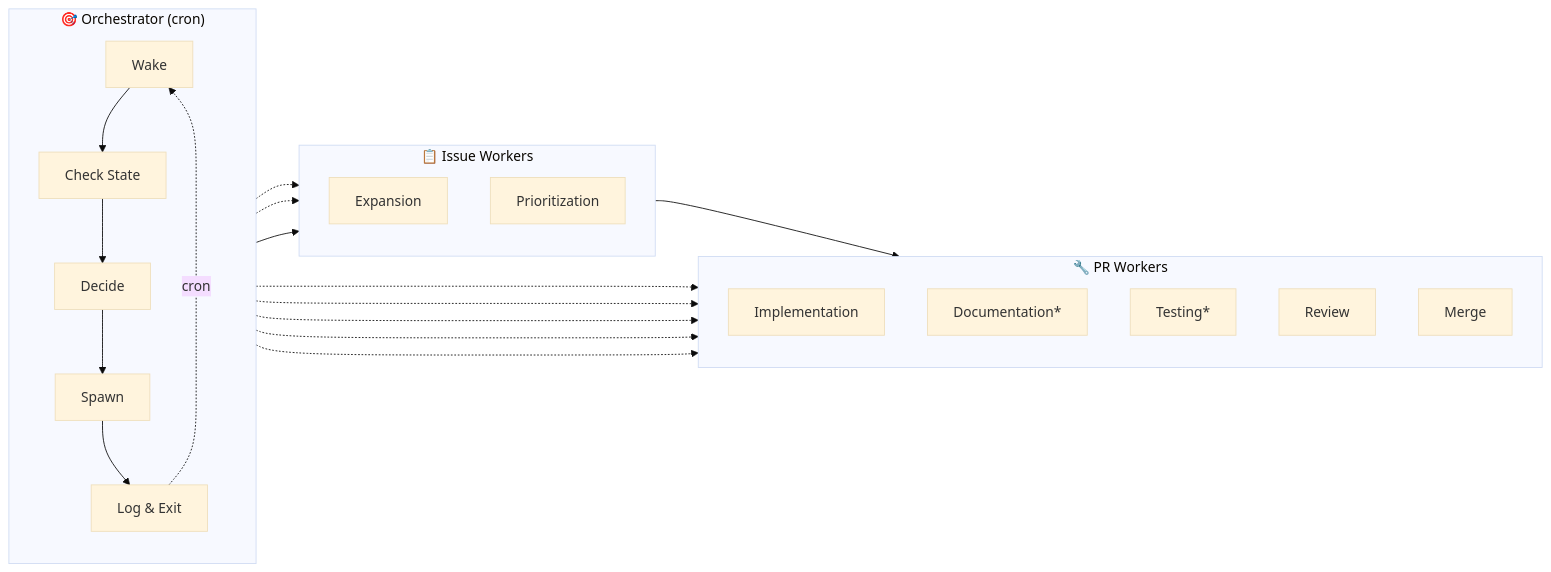
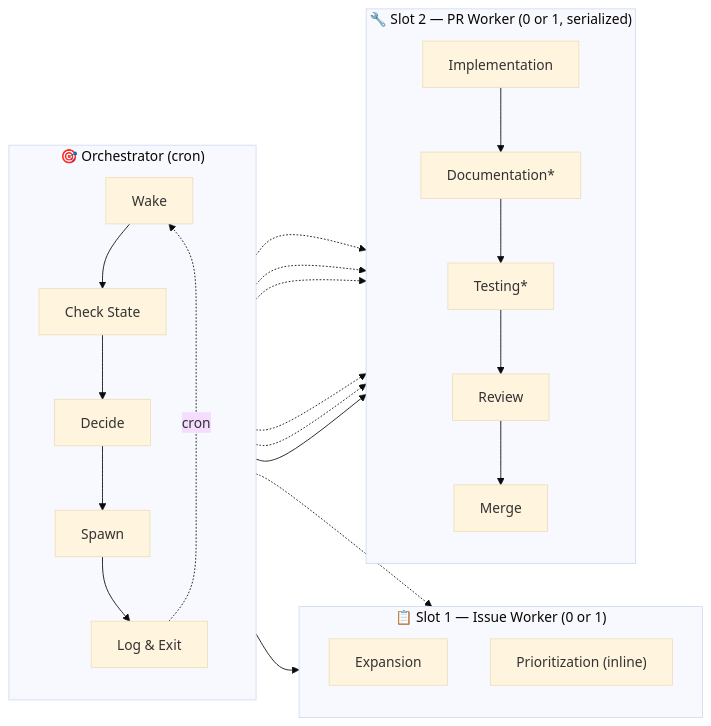
The diagram in plugins/pr-workflow/README.md (jpshackelford/.openhands), drawn with Mermaid (base theme) before and after one commit. The commit also changed other lines of this file, not shown here.

Commit message:
docs(pr-workflow): correct Circle of Work to fixed two-slot model
The pr-workflow orchestrate.md skill hardcodes a two-slot model (one
Expansion slot + one serialized PR slot), and prioritization runs inline
via /assess-priority rather than as a spawned worker. Update the diagram
and prose to match, instead of implying parallelism is project-configurable.

````diff
--- a/plugins/pr-workflow/README.md
+++ b/plugins/pr-workflow/README.md
@@ -338,38 +338,39 @@
 ```mermaid
 flowchart LR
     subgraph Orch["🎯 Orchestrator (cron)"]
         direction TB
         wake["Wake"]
         check["Check State"]
         decide["Decide"]
         spawn["Spawn"]
         log["Log & Exit"]
         wake --> check --> decide --> spawn --> log
         log -.->|"cron"| wake
     end
 
-    subgraph IssueWorkers["📋 Issue Workers"]
+    subgraph Slot1["📋 Slot 1 — Issue Worker (0 or 1)"]
         direction TB
         exp["Expansion"]
-        pri["Prioritization"]
+        pri["Prioritization (inline)"]
     end
 
-    subgraph PRWorkers["🔧 PR Workers"]
+    subgraph Slot2["🔧 Slot 2 — PR Worker (0 or 1, serialized)"]
         direction TB
         imp["Implementation"]
         doc["Documentation*"]
         tst["Testing*"]
         rev["Review"]
         mrg["Merge"]
+        imp --> doc --> tst --> rev --> mrg
     end
 
-    Orch --> IssueWorkers --> PRWorkers
+    Orch --> Slot1
+    Orch --> Slot2
 
     spawn -.-> exp
-    spawn -.-> pri
     spawn -.-> imp
     spawn -.-> doc
     spawn -.-> tst
     spawn -.-> rev
     spawn -.-> mrg
 ```
````
